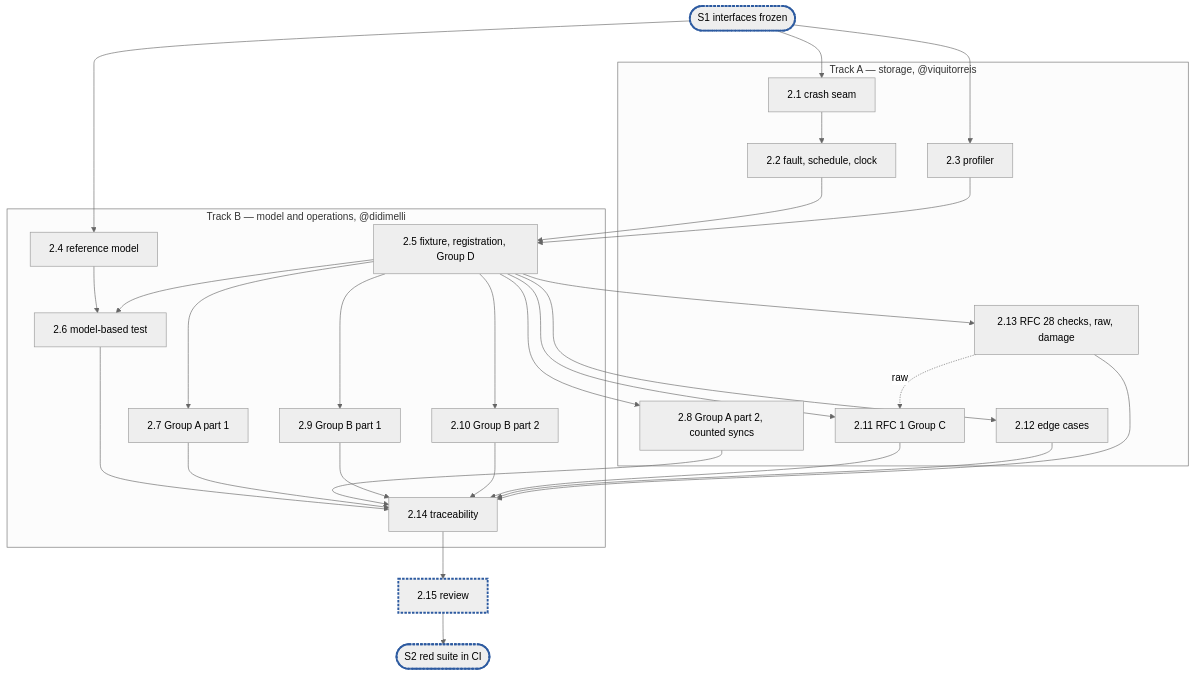
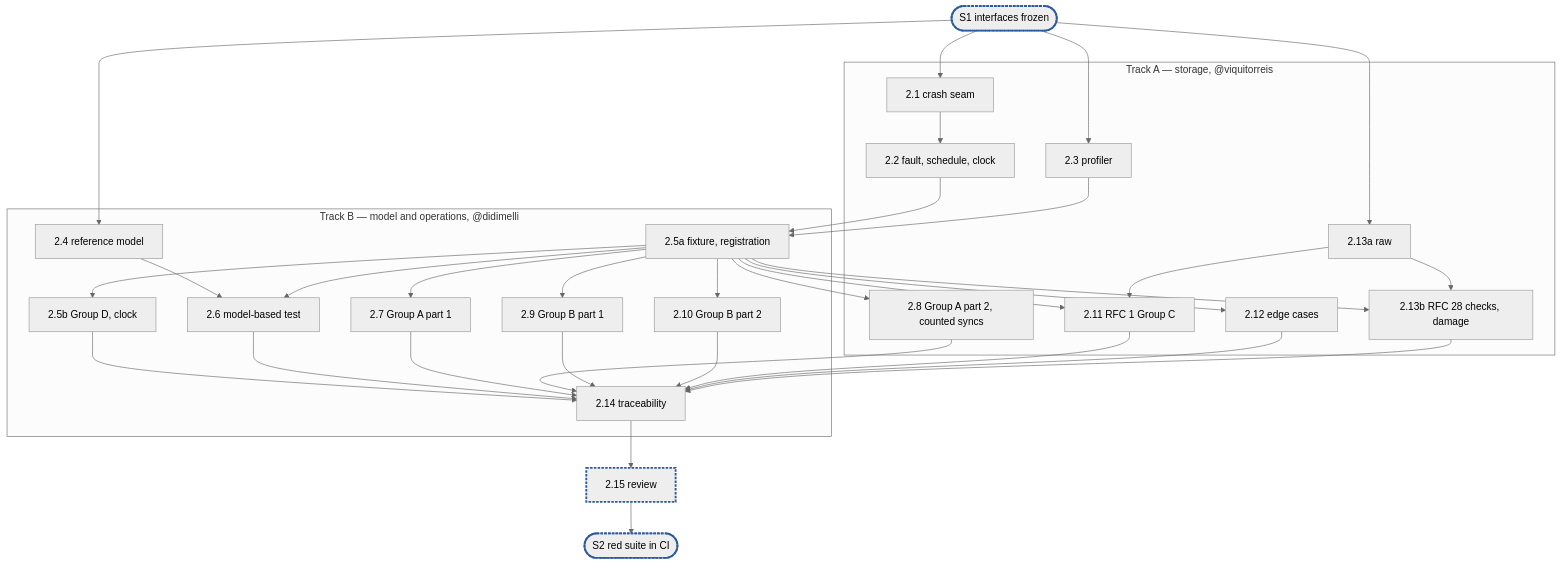
One commit to marmos91/dittofs changed the diagram in docs/internals/planning/rfc-1-journal-epic2.md. Above: the diagram before and after it, drawn with Mermaid (neutral theme). The commit also changed other lines of this file and 2 other files, not shown here.

````diff
--- a/docs/internals/planning/rfc-1-journal-epic2.md
+++ b/docs/internals/planning/rfc-1-journal-epic2.md
@@ -769,30 +886,32 @@
 ```mermaid
 flowchart TD
   S1(["S1 interfaces frozen"]):::sync
   subgraph A["Track A — storage, @viquitorreis"]
     T1["2.1 crash seam"] --> T2["2.2 fault, schedule, clock"]
     T3["2.3 profiler"]
     T8["2.8 Group A part 2, counted syncs"]
     T11["2.11 RFC 1 Group C"]
     T12["2.12 edge cases"]
-    T13["2.13 RFC 28 checks, raw, damage"]
+    T13a["2.13a raw"]
+    T13["2.13b RFC 28 checks, damage"]
   end
   subgraph B["Track B — model and operations, @didimelli"]
     T4["2.4 reference model"]
-    T5["2.5 fixture, registration, Group D"]
+    T5["2.5a fixture, registration"]
+    T5b["2.5b Group D, clock"]
     T6["2.6 model-based test"]
     T7["2.7 Group A part 1"]
     T9["2.9 Group B part 1"]
     T10["2.10 Group B part 2"]
     T14["2.14 traceability"]
   end
-  S1 --> T1 & T3 & T4
+  S1 --> T1 & T3 & T4 & T13a
   T2 & T3 --> T5
   T4 & T5 --> T6
-  T5 --> T7 & T8 & T9 & T10 & T12 & T13
-  T13 -. "raw" .-> T11
+  T5 --> T5b & T7 & T8 & T9 & T10 & T12 & T13
+  T13a --> T11 & T13
   T5 --> T11
-  T6 & T7 & T8 & T9 & T10 & T11 & T12 & T13 --> T14
+  T5b & T6 & T7 & T8 & T9 & T10 & T11 & T12 & T13 --> T14
   T14 --> R["2.15 review"]:::sync --> S2(["S2 red suite in CI"]):::sync
   classDef sync stroke:#2c5aa0,stroke-width:3px,stroke-dasharray:4 2
 ```
````
